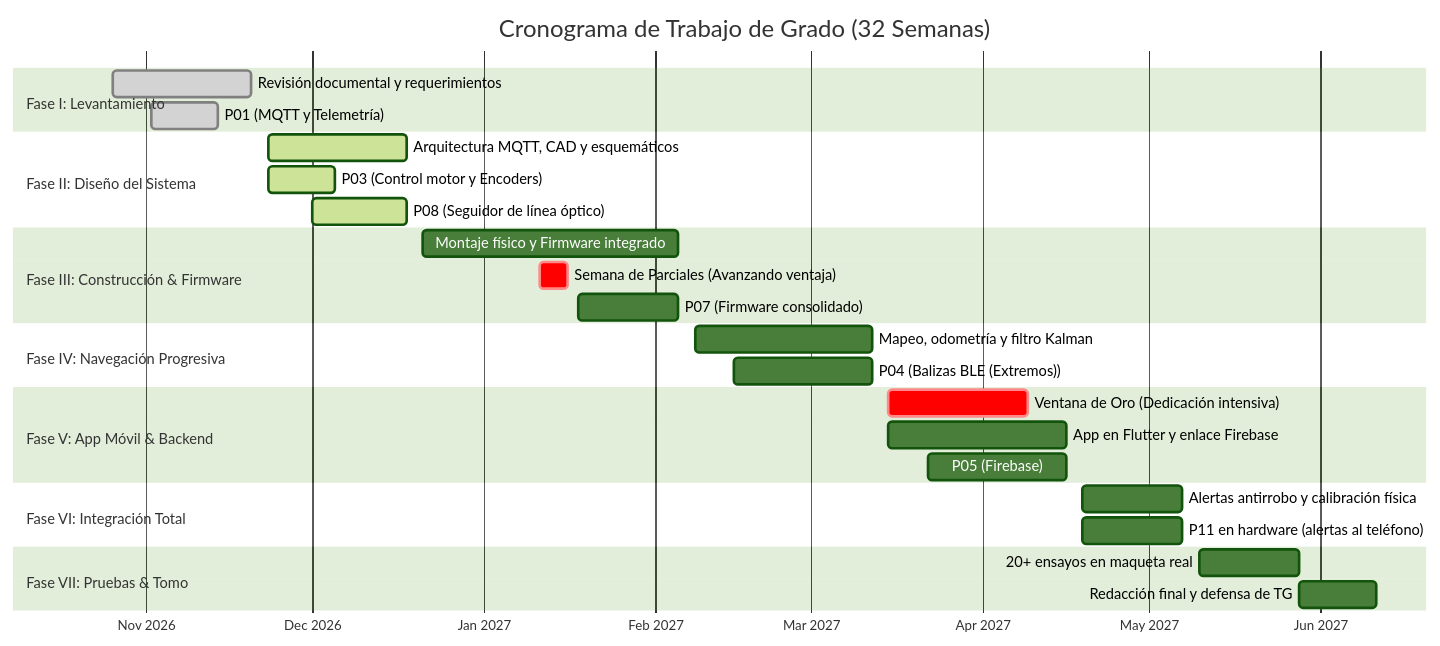
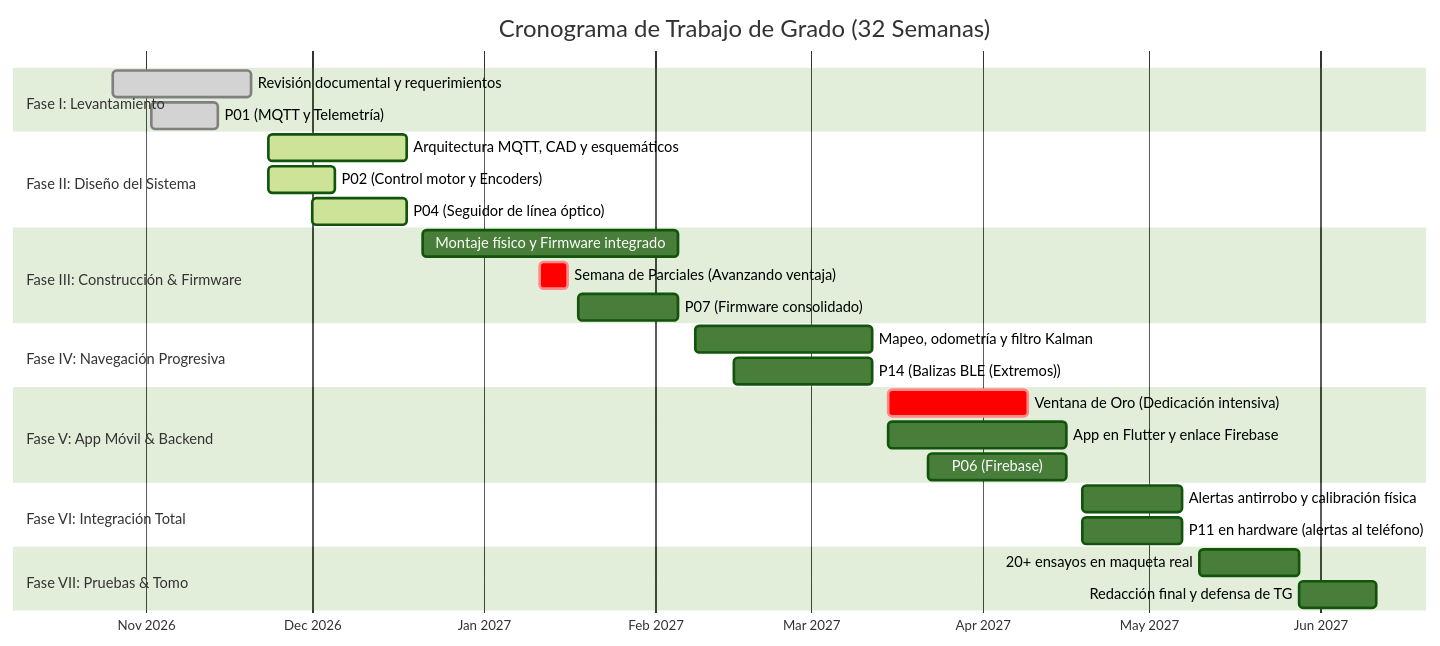
Before and after one commit to ilianavsc/tg-robot-ucab-portfolio: the diagram in PLAN.md, drawn with Mermaid (forest theme). The commit also changed other lines of this file and 42 other files, not shown here.

````diff
--- a/PLAN.md
+++ b/PLAN.md
@@ -13,37 +13,37 @@
 ```mermaid
 gantt
     title Cronograma de Trabajo de Grado (32 Semanas)
     dateFormat  YYYY-MM-DD
     axisFormat  %b %Y
 
     section Fase I: Levantamiento
     Revisión documental y requerimientos      :done, f1, 2026-10-26, 2026-11-20
     P01 (MQTT y Telemetría)                   :done, p01, 2026-11-02, 2026-11-14
 
     section Fase II: Diseño del Sistema
     Arquitectura MQTT, CAD y esquemáticos     :active, f2, 2026-11-23, 2026-12-18
-    P03 (Control motor y Encoders)            :active, p03, 2026-11-23, 2026-12-05
-    P08 (Seguidor de línea óptico)            :active, p08, 2026-12-01, 2026-12-18
+    P02 (Control motor y Encoders)            :active, p03, 2026-11-23, 2026-12-05
+    P04 (Seguidor de línea óptico)            :active, p08, 2026-12-01, 2026-12-18
 
     section Fase III: Construcción & Firmware
     Montaje físico y Firmware integrado       :f3, 2026-12-21, 2027-02-05
     Semana de Parciales (Avanzando ventaja)   :crit, sem_extra, 2027-01-11, 2027-01-16
     P07 (Firmware consolidado)                :p07, 2027-01-18, 2027-02-05
 
     section Fase IV: Navegación Progresiva
     Mapeo, odometría y filtro Kalman          :f4, 2027-02-08, 2027-03-12
-    P04 (Balizas BLE (Extremos))            :p04, 2027-02-15, 2027-03-12
+    P14 (Balizas BLE (Extremos))            :p04, 2027-02-15, 2027-03-12
 
     section Fase V: App Móvil & Backend
     Ventana de Oro (Dedicación intensiva)     :crit, v_oro, 2027-03-15, 2027-04-09
     App en Flutter y enlace Firebase          :f5, 2027-03-15, 2027-04-16
-    P05 (Firebase)                            :p06, 2027-03-22, 2027-04-16
+    P06 (Firebase)                            :p06, 2027-03-22, 2027-04-16
 
     section Fase VI: Integración Total
     Alertas antirrobo y calibración física    :f6, 2027-04-19, 2027-05-07
     P11 en hardware (alertas al teléfono)     :p11, 2027-04-19, 2027-05-07
 
     section Fase VII: Pruebas & Tomo
     20+ ensayos en maqueta real               :f7, 2027-05-10, 2027-05-28
     Redacción final y defensa de TG           :f7_defensa, 2027-05-28, 2027-06-11
 ```
````
